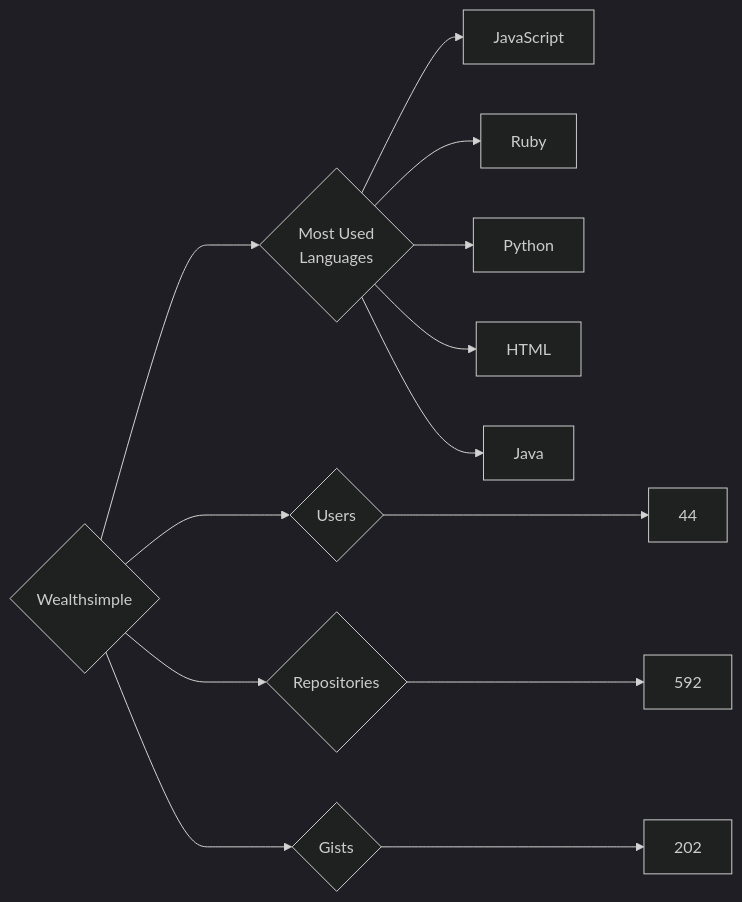
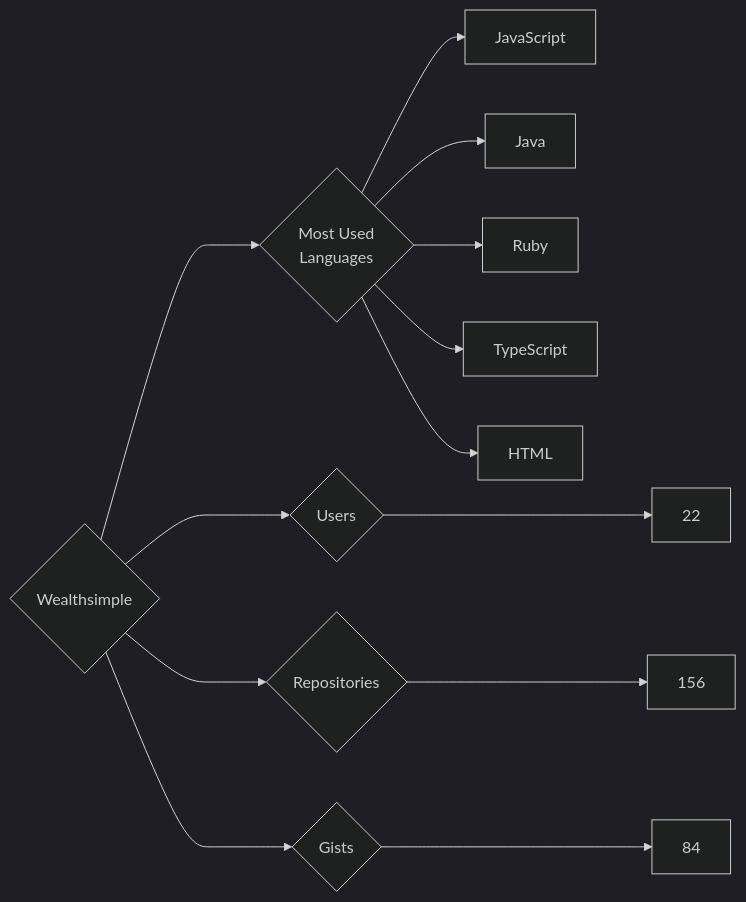
The diagram in targets/Wealthsimple/README.md (trickest/insiders), drawn with Mermaid (dark theme) before and after one commit. The commit also changed 597 other files, not shown here.

````diff
--- a/targets/Wealthsimple/README.md
+++ b/targets/Wealthsimple/README.md
@@ -3,13 +3,13 @@
 ```mermaid
 graph LR
 COMPANY_NAME{Wealthsimple}
-COMPANY_NAME ---> U{Users} ---> UN[44]
-COMPANY_NAME ---> R{Repositories} ---> RN[592]
-COMPANY_NAME ---> G{Gists} ---> GN[202]
+COMPANY_NAME ---> U{Users} ---> UN[22]
+COMPANY_NAME ---> R{Repositories} ---> RN[156]
+COMPANY_NAME ---> G{Gists} ---> GN[84]
 COMPANY_NAME ---> ML{Most Used<br>Languages}
 ML --> JavaScript[JavaScript]
+ML --> Java[Java]
 ML --> Ruby[Ruby]
-ML --> Python[Python]
+ML --> TypeScript[TypeScript]
 ML --> HTML[HTML]
-ML --> Java[Java]
 ```
````
